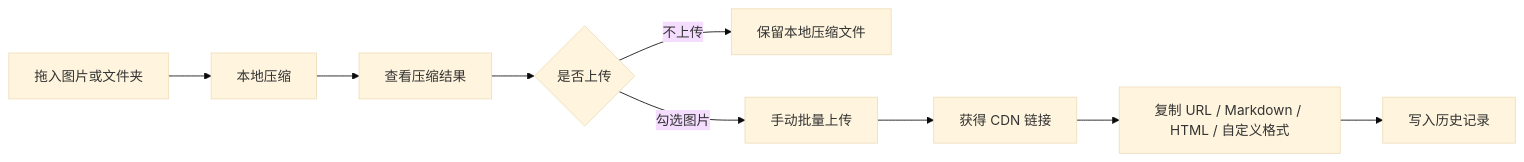
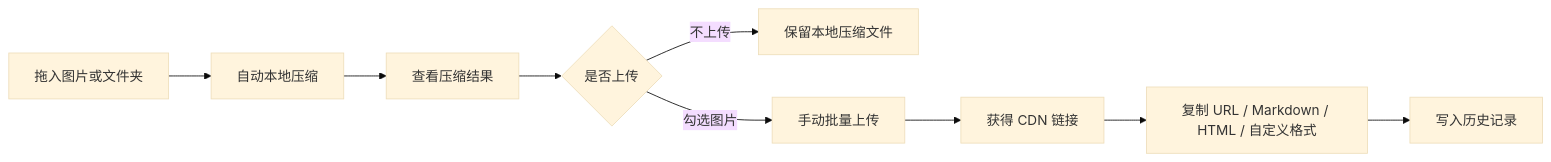
Before and after one commit to moxiaonai/pngflow: the first of 6 diagrams in README.md, drawn with Mermaid (base theme). The commit also changed other lines of this file and 3 other files, not shown here.

```diff
--- a/README.md
+++ b/README.md
@@ -65,11 +65,11 @@
 ~~~mermaid
 flowchart LR
-  A[拖入图片或文件夹] --> B[本地压缩]
+  A[拖入图片或文件夹] --> B[自动本地压缩]
   B --> C[查看压缩结果]
   C --> D{是否上传}
   D -->|不上传| E[保留本地压缩文件]
   D -->|勾选图片| F[手动批量上传]
   F --> G[获得 CDN 链接]
   G --> H[复制 URL / Markdown / HTML / 自定义格式]
   H --> I[写入历史记录]
 ~~~
```
